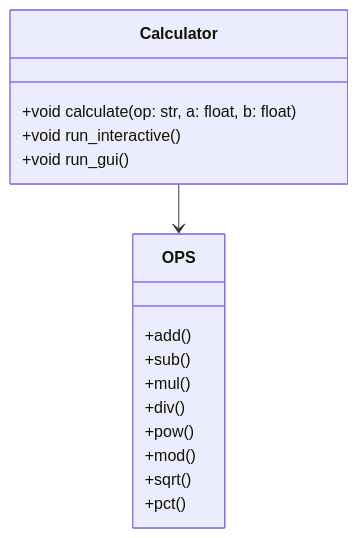
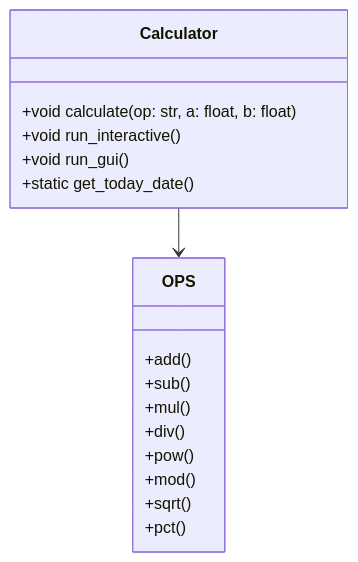
One commit to thoaihcmc/docs-pipeline-e2e-test changed the diagram in docs/diagrams/class.mmd. Above: the diagram before and after it, drawn with Mermaid. The commit also changed 5 other files, not shown here.

Commit message:
docs: auto-generate FDD, BDD, ADD and diagrams for 0077aa95cc7868de143c90c8efd7dff4607bbcca

````diff
--- a/docs/diagrams/class.mmd
+++ b/docs/diagrams/class.mmd
@@ -1,19 +1,20 @@
 ```mermaid  
   classDiagram  
     class Calculator {  
       +void calculate(op: str, a: float, b: float)  
       +void run_interactive()  
       +void run_gui()  
+      +static get_today_date()  
     }  
     class OPS {  
       +add()  
       +sub()  
       +mul()  
       +div()  
       +pow()  
       +mod()  
       +sqrt()  
       +pct()  
     }  
     Calculator --> OPS
 ```
````
